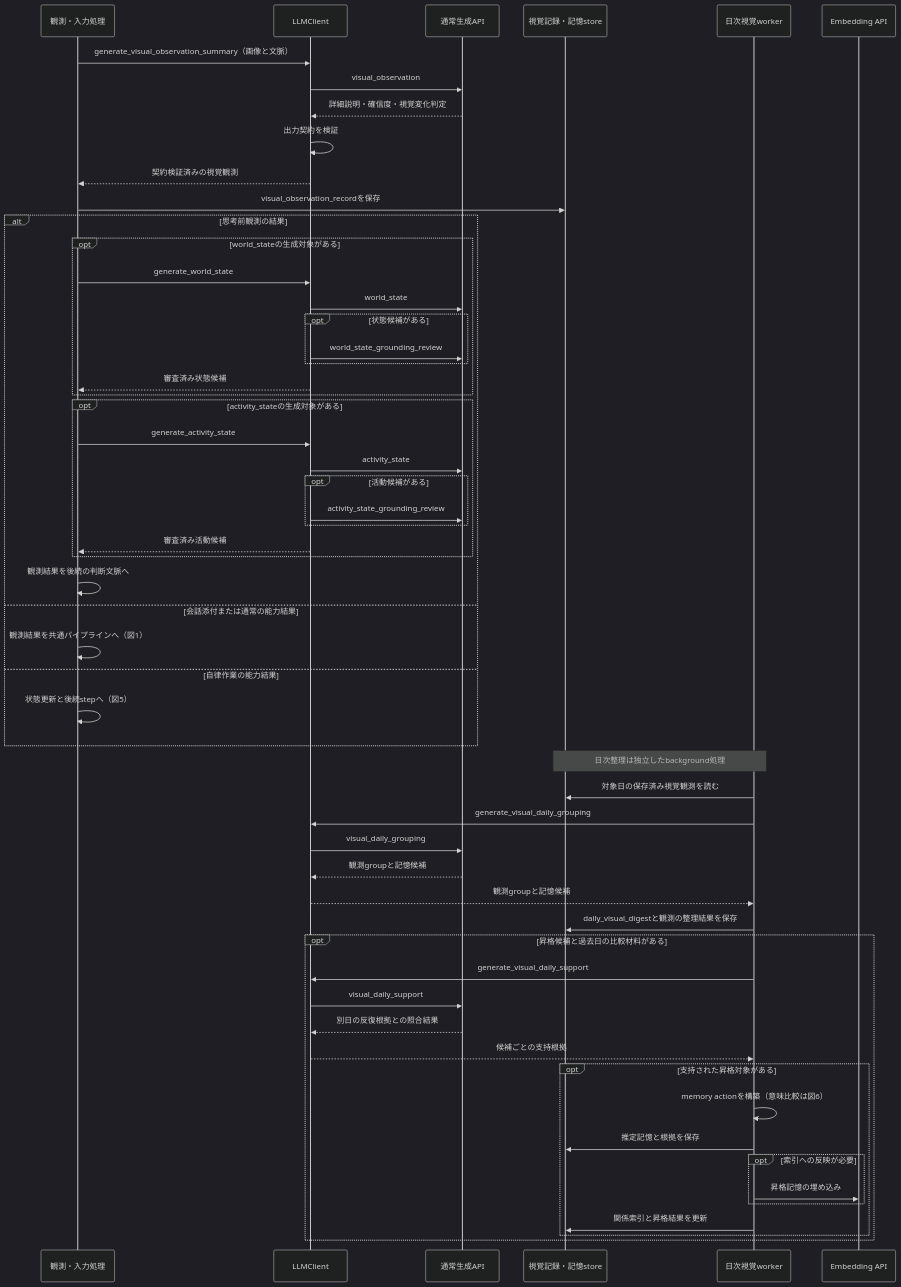
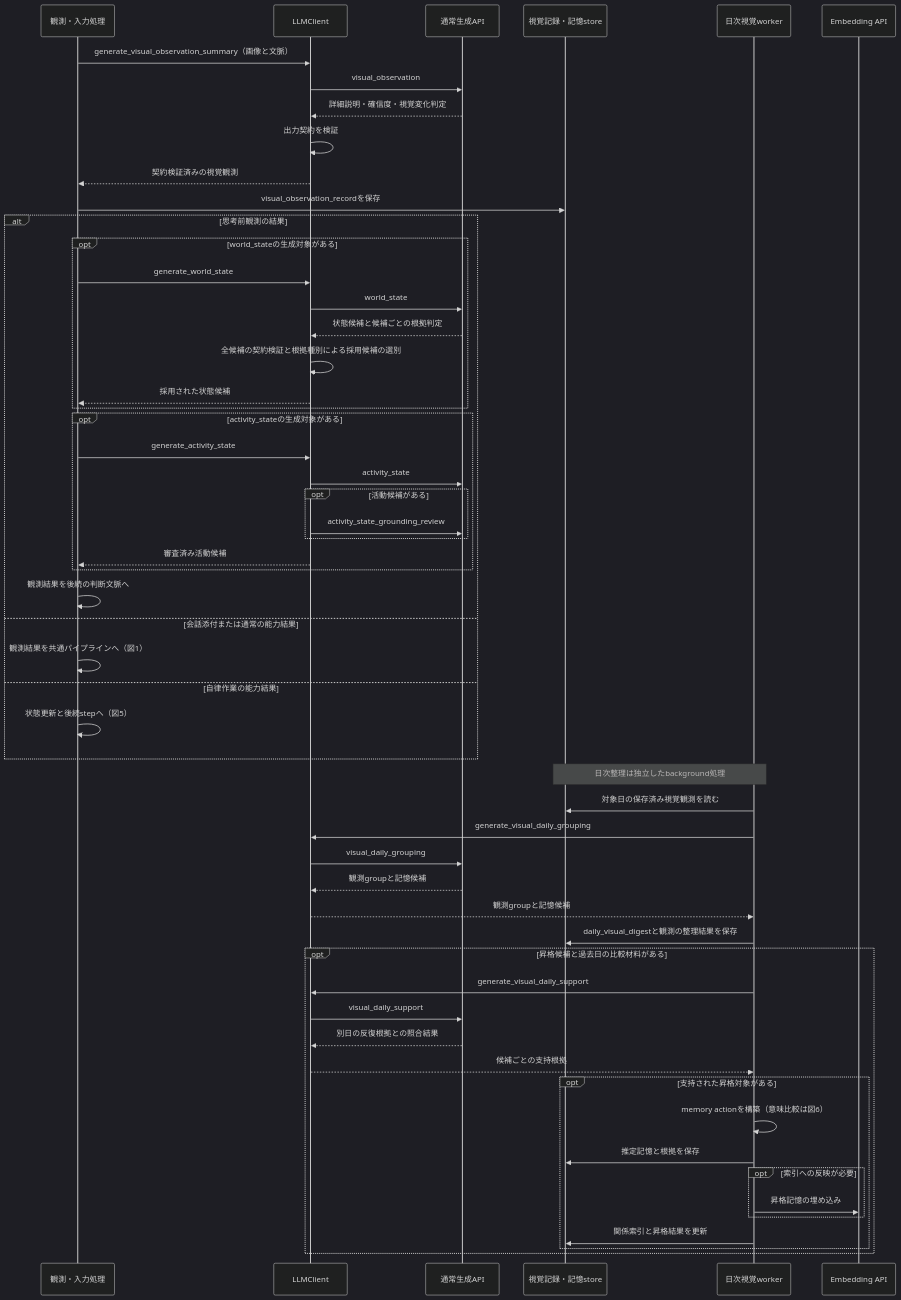
One commit to hirona98/OtomeKairo changed the seventh of 7 diagrams in docs/design/llm/LLM呼び出しシーケンス.md. Above: the diagram before and after it, drawn with Mermaid (dark theme). The commit also changed other lines of this file and 10 other files, not shown here.

````diff
--- a/docs/design/llm/LLM呼び出しシーケンス.md
+++ b/docs/design/llm/LLM呼び出しシーケンス.md
@@ -451,60 +451,59 @@
 ```mermaid
 sequenceDiagram
     participant C as 観測・入力処理
     participant L as LLMClient
     participant G as 通常生成API
     participant S as 視覚記録・記憶store
     participant W as 日次視覚worker
     participant E as Embedding API
 
     C->>L: generate_visual_observation_summary（画像と文脈）
     L->>G: visual_observation
     G-->>L: 詳細説明・確信度・視覚変化判定
     L->>L: 出力契約を検証
     L-->>C: 契約検証済みの視覚観測
     C->>S: visual_observation_recordを保存
     alt 思考前観測の結果
         opt world_stateの生成対象がある
             C->>L: generate_world_state
             L->>G: world_state
-            opt 状態候補がある
-                L->>G: world_state_grounding_review
-            end
-            L-->>C: 審査済み状態候補
+            G-->>L: 状態候補と候補ごとの根拠判定
+            L->>L: 全候補の契約検証と根拠種別による採用候補の選別
+            L-->>C: 採用された状態候補
         end
         opt activity_stateの生成対象がある
             C->>L: generate_activity_state
             L->>G: activity_state
             opt 活動候補がある
                 L->>G: activity_state_grounding_review
             end
             L-->>C: 審査済み活動候補
         end
         C->>C: 観測結果を後続の判断文脈へ
     else 会話添付または通常の能力結果
         C->>C: 観測結果を共通パイプラインへ（図1）
     else 自律作業の能力結果
         C->>C: 状態更新と後続stepへ（図5）
     end
     Note over S,W: 日次整理は独立したbackground処理
     W->>S: 対象日の保存済み視覚観測を読む
     W->>L: generate_visual_daily_grouping
     L->>G: visual_daily_grouping
     G-->>L: 観測groupと記憶候補
     L-->>W: 観測groupと記憶候補
     W->>S: daily_visual_digestと観測の整理結果を保存
     opt 昇格候補と過去日の比較材料がある
         W->>L: generate_visual_daily_support
         L->>G: visual_daily_support
         G-->>L: 別日の反復根拠との照合結果
         L-->>W: 候補ごとの支持根拠
         opt 支持された昇格対象がある
             W->>W: memory actionを構築（意味比較は図6）
             W->>S: 推定記憶と根拠を保存
             opt 索引への反映が必要
                 W->>E: 昇格記憶の埋め込み
             end
             W->>S: 関係索引と昇格結果を更新
         end
     end
 ```
````
